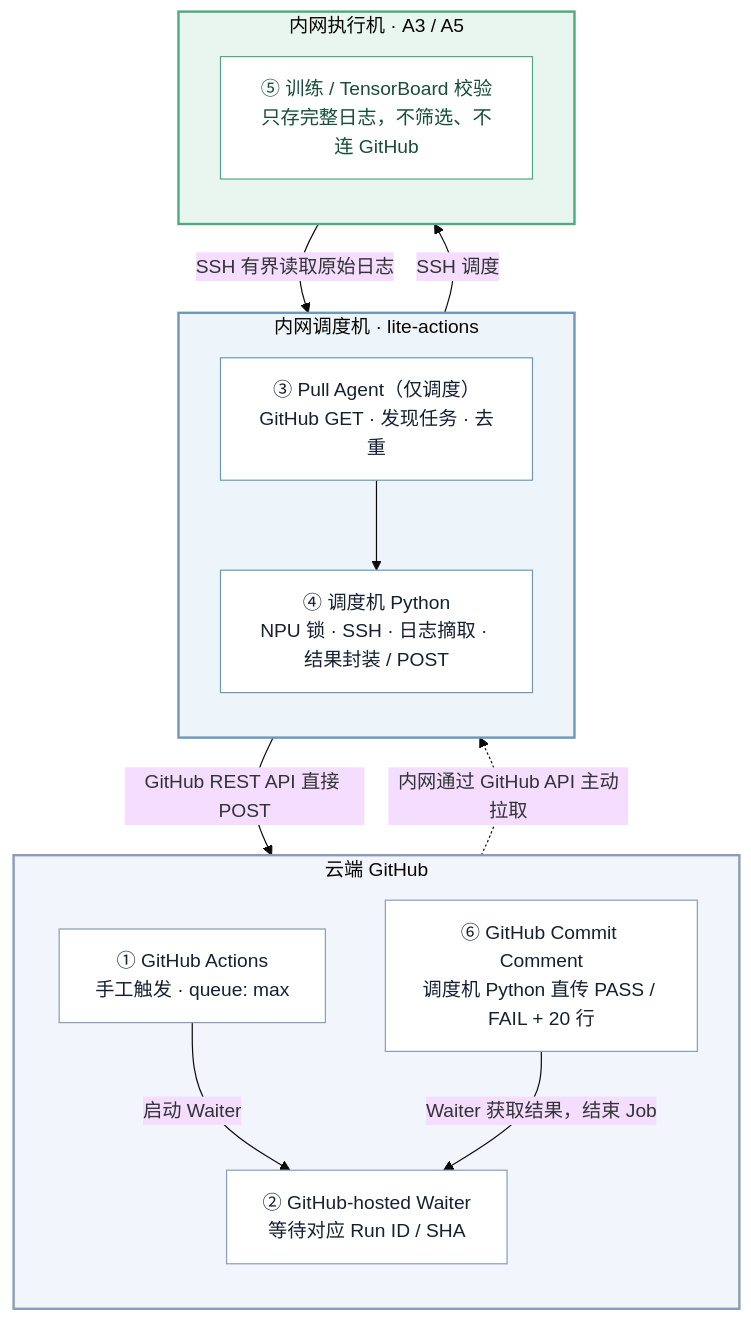
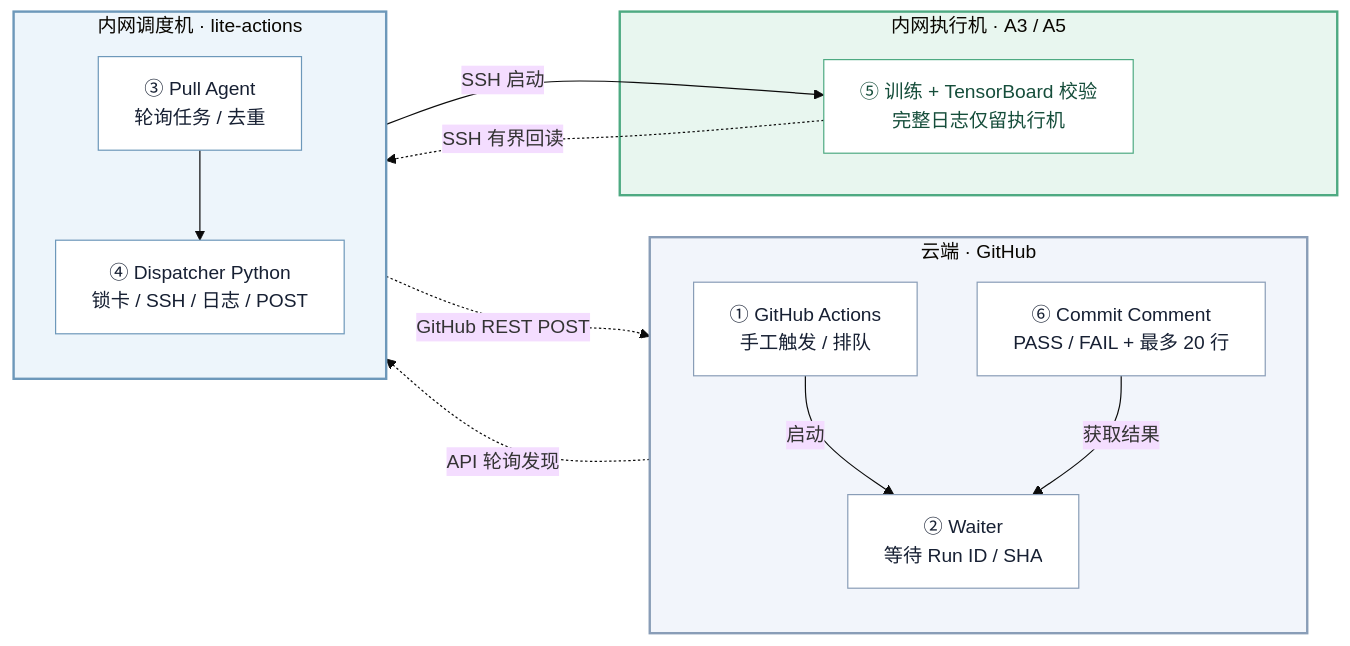
Before and after one commit to depeng1994/lite-actions: the second of 2 diagrams in README.md, drawn with Mermaid (base theme). The commit also changed other lines of this file and 6 other files, not shown here.

Commit message:
docs: widen CI diagrams and clarify deployment and A5 onboarding

````diff
--- a/README.md
+++ b/README.md
@@ -25,38 +25,37 @@
 ```mermaid
-flowchart TB
-    subgraph GH["云端 GitHub"]
+flowchart LR
+    subgraph GH["云端 · GitHub"]
         direction TB
-        W["① GitHub Actions<br/>手工触发 · queue: max"]
-        H["② GitHub-hosted Waiter<br/>等待对应 Run ID / SHA"]
-        C["⑥ GitHub Commit Comment<br/>调度机 Python 直传 PASS / FAIL + 20 行"]
+        W["① GitHub Actions<br/>手工触发 / 排队"]
+        H["② Waiter<br/>等待 Run ID / SHA"]
+        C["⑥ Commit Comment<br/>PASS / FAIL + 最多 20 行"]
+        W -->|"启动"| H
+        C -->|"获取结果"| H
     end
 
     subgraph DIS["内网调度机 · lite-actions"]
         direction TB
-        A["③ Pull Agent（仅调度）<br/>GitHub GET · 发现任务 · 去重"]
-        D["④ 调度机 Python<br/>NPU 锁 · SSH · 日志摘取 · 结果封装 / POST"]
+        A["③ Pull Agent<br/>轮询任务 / 去重"]
+        D["④ Dispatcher Python<br/>锁卡 / SSH / 日志 / POST"]
+        A --> D
     end
 
     subgraph EX["内网执行机 · A3 / A5"]
-        direction TB
-        X["⑤ 训练 / TensorBoard 校验<br/>只存完整日志，不筛选、不连 GitHub"]
+        X["⑤ 训练 + TensorBoard 校验<br/>完整日志仅留执行机"]
     end
 
-    W -->|"启动 Waiter"| H
-    W -.->|"内网通过 GitHub API 主动拉取"| A
-    A --> D
-    D -->|"SSH 调度"| X
-    X -->|"SSH 有界读取原始日志"| D
-    D -->|"GitHub REST API 直接 POST"| C
-    C -->|"Waiter 获取结果，结束 Job"| H
+    W -.->|"API 轮询发现"| A
+    D -->|"SSH 启动"| X
+    X -.->|"SSH 有界回读"| D
+    D -.->|"GitHub REST POST"| C
 
     style GH fill:#f2f5fb,stroke:#899db7,stroke-width:2px
     style DIS fill:#edf5fb,stroke:#6d98ba,stroke-width:2px
     style EX fill:#e8f6ef,stroke:#4eaa82,stroke-width:2px
     classDef cloud fill:#ffffff,stroke:#899db7,color:#172033
     classDef dispatch fill:#ffffff,stroke:#6d98ba,color:#172033
     classDef execution fill:#ffffff,stroke:#4eaa82,color:#164e3b
     class W,H,C cloud
     class A,D dispatch
     class X execution
 ```
````
